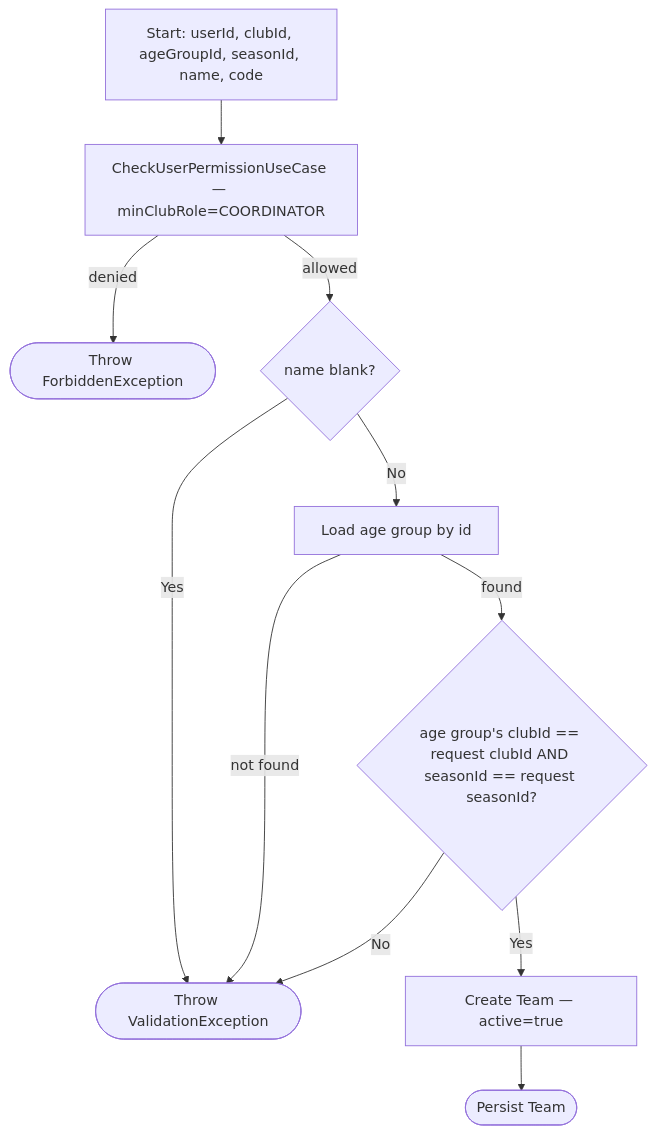
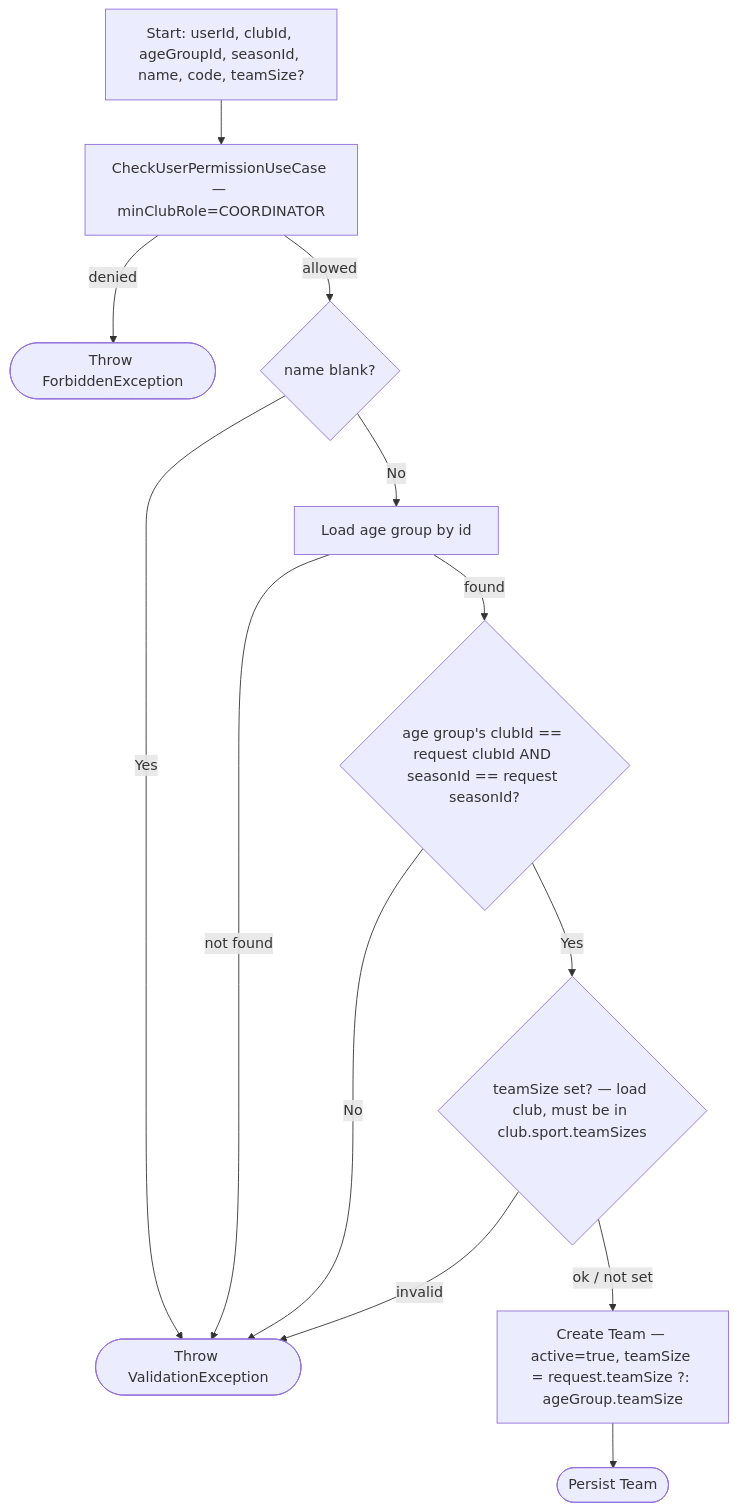
Before and after one commit to ricardofrango/squadify: diagram 20 of 42 in PROCESS_FLOWS.md, drawn with Mermaid. The commit also changed other lines of this file and 19 other files, not shown here.

````diff
--- a/PROCESS_FLOWS.md
+++ b/PROCESS_FLOWS.md
@@ -379,13 +384,15 @@
 ```mermaid
 graph TD
-    A[Start: userId, clubId, ageGroupId, seasonId, name, code] --> B[CheckUserPermissionUseCase — minClubRole=COORDINATOR]
+    A[Start: userId, clubId, ageGroupId, seasonId, name, code, teamSize?] --> B[CheckUserPermissionUseCase — minClubRole=COORDINATOR]
     B -- denied --> F(["Throw ForbiddenException"])
     B -- allowed --> C{name blank?}
     C -- Yes --> V(["Throw ValidationException"])
     C -- No --> D[Load age group by id]
     D -- not found --> V
     D -- found --> E{"age group's clubId == request clubId AND seasonId == request seasonId?"}
     E -- No --> V
-    E -- Yes --> G[Create Team — active=true]
+    E -- Yes --> E2{"teamSize set? — load club, must be in club.sport.teamSizes"}
+    E2 -- invalid --> V
+    E2 -- ok / not set --> G["Create Team — active=true, teamSize = request.teamSize ?: ageGroup.teamSize"]
     G --> Z(["Persist Team"])
 ```
````
